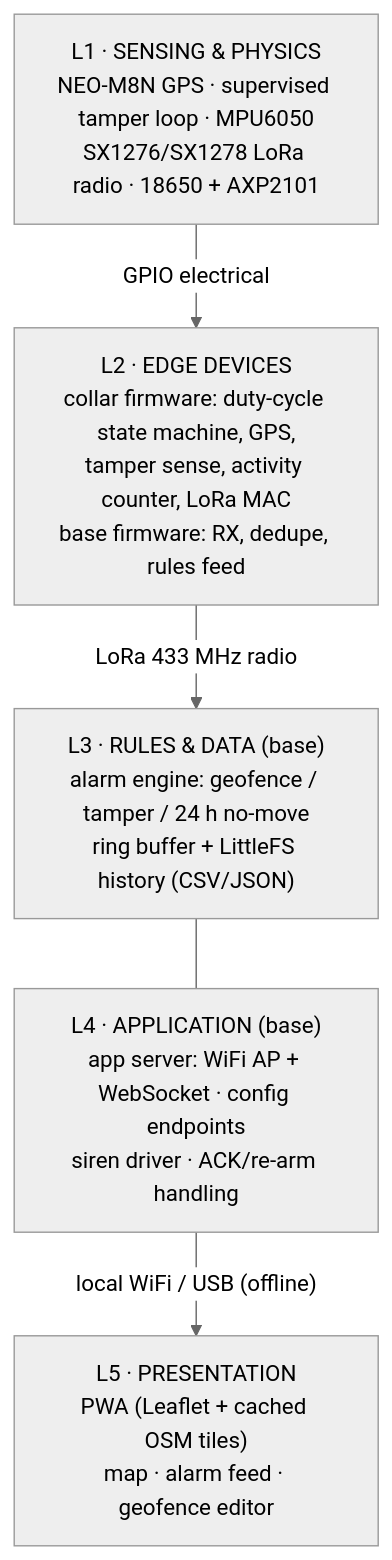
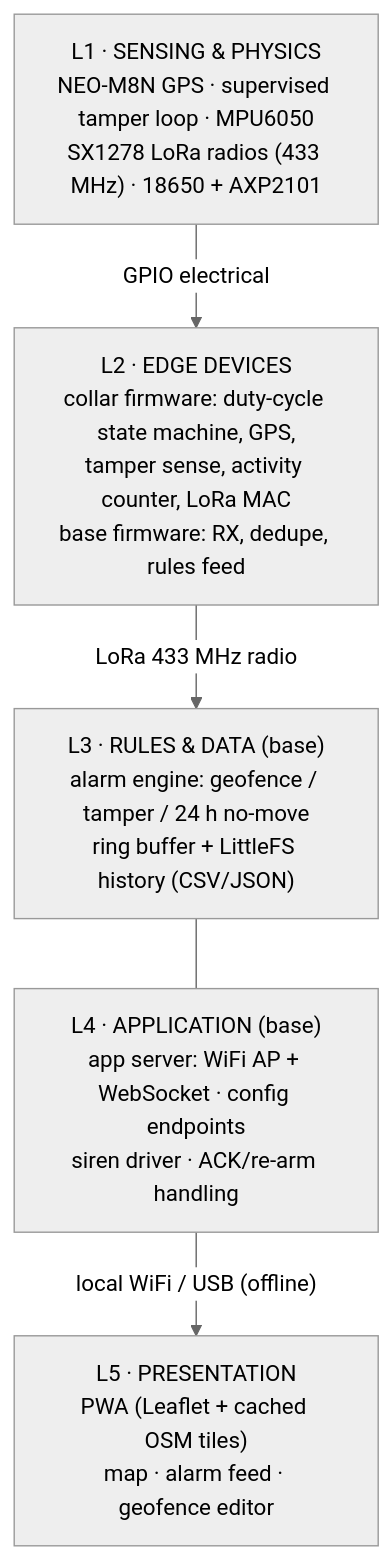
Before and after one commit to qppd/smart-collar: the first of 3 diagrams in docs/SYSTEM-ARCHITECTURE.md, drawn with Mermaid (neutral theme). The commit also changed other lines of this file and 11 other files, not shown here.

````diff
--- a/docs/SYSTEM-ARCHITECTURE.md
+++ b/docs/SYSTEM-ARCHITECTURE.md
@@ -9,12 +9,12 @@
 ```mermaid
 flowchart TB
     L5["L5 · PRESENTATION<br/>PWA (Leaflet + cached OSM tiles)<br/>map · alarm feed · geofence editor"]
     L4["L4 · APPLICATION (base)<br/>app server: WiFi AP + WebSocket · config endpoints<br/>siren driver · ACK/re-arm handling"]
     L3["L3 · RULES &amp; DATA (base)<br/>alarm engine: geofence / tamper / 24 h no-move<br/>ring buffer + LittleFS history (CSV/JSON)"]
     L2["L2 · EDGE DEVICES<br/>collar firmware: duty-cycle state machine, GPS,<br/>tamper sense, activity counter, LoRa MAC<br/>base firmware: RX, dedupe, rules feed"]
-    L1["L1 · SENSING &amp; PHYSICS<br/>NEO-M8N GPS · supervised tamper loop · MPU6050<br/>SX1276/SX1278 LoRa radio · 18650 + AXP2101"]
+    L1["L1 · SENSING &amp; PHYSICS<br/>NEO-M8N GPS · supervised tamper loop · MPU6050<br/>SX1278 LoRa radios (433 MHz) · 18650 + AXP2101"]
     L1 -- "GPIO electrical" --> L2
     L2 -- "LoRa 433 MHz radio" --> L3
     L3 --- L4
     L4 -- "local WiFi / USB (offline)" --> L5
 ```
````
